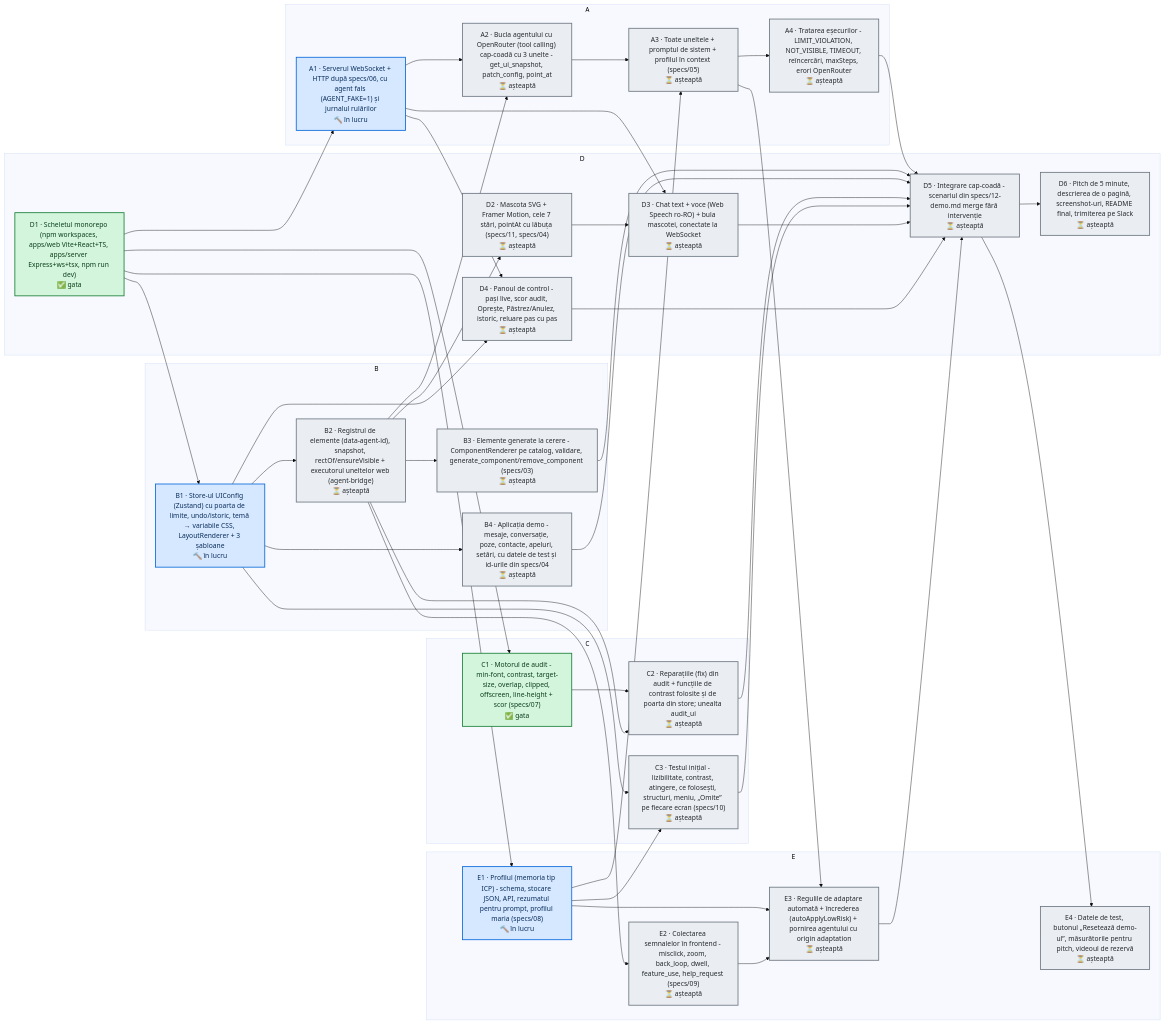
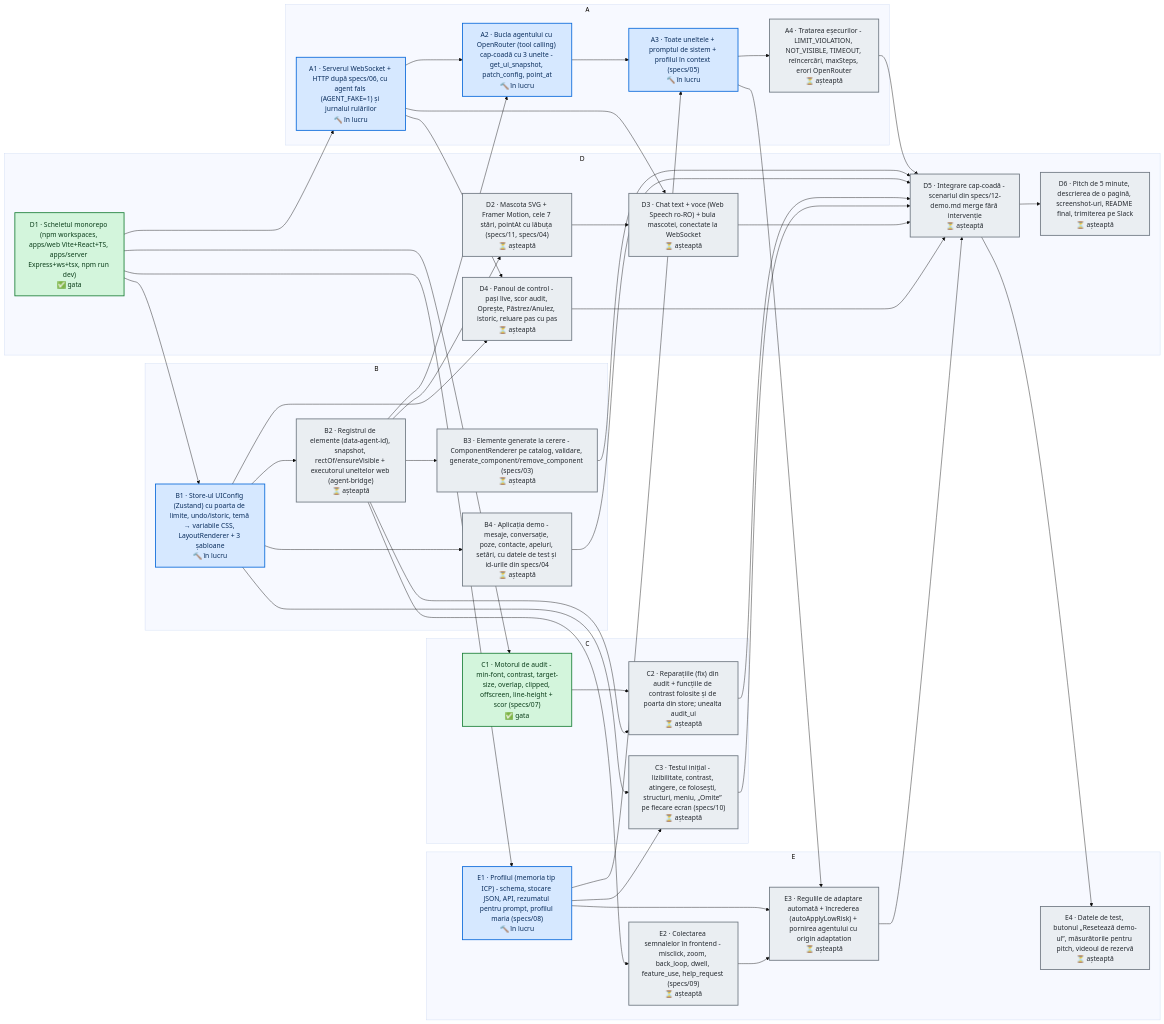
One commit to 06cezar/UiShapeshifter changed the diagram in DAG.md. Above: the diagram before and after it, drawn with Mermaid (base theme). The commit also changed other lines of this file and 1 other file, not shown here.

Commit message:
dag: update [skip ci]

````diff
--- a/DAG.md
+++ b/DAG.md
@@ -8,77 +8,77 @@
 ```mermaid
 flowchart LR
   subgraph t_owner_A["A"]
     t_A1["A1 · Serverul WebSocket + HTTP după specs/06, cu agent fals (AGENT_FAKE=1) și jurnalul rulărilor<br/>🔨 în lucru"]
-    t_A2["A2 · Bucla agentului cu OpenRouter (tool calling) cap-coadă cu 3 unelte - get_ui_snapshot, patch_config, point_at<br/>⏳ așteaptă"]
-    t_A3["A3 · Toate uneltele + promptul de sistem + profilul în context (specs/05)<br/>⏳ așteaptă"]
+    t_A2["A2 · Bucla agentului cu OpenRouter (tool calling) cap-coadă cu 3 unelte - get_ui_snapshot, patch_config, point_at<br/>🔨 în lucru"]
+    t_A3["A3 · Toate uneltele + promptul de sistem + profilul în context (specs/05)<br/>🔨 în lucru"]
     t_A4["A4 · Tratarea eșecurilor - LIMIT_VIOLATION, NOT_VISIBLE, TIMEOUT, reîncercări, maxSteps, erori OpenRouter<br/>⏳ așteaptă"]
   end
   subgraph t_owner_B["B"]
     t_B1["B1 · Store-ul UIConfig (Zustand) cu poarta de limite, undo/istoric, temă → variabile CSS, LayoutRenderer + 3 șabloane<br/>🔨 în lucru"]
     t_B2["B2 · Registrul de elemente (data-agent-id), snapshot, rectOf/ensureVisible + executorul uneltelor web (agent-bridge)<br/>⏳ așteaptă"]
     t_B3["B3 · Elemente generate la cerere - ComponentRenderer pe catalog, validare, generate_component/remove_component (specs/03)<br/>⏳ așteaptă"]
     t_B4["B4 · Aplicația demo - mesaje, conversație, poze, contacte, apeluri, setări, cu datele de test și id-urile din specs/04<br/>⏳ așteaptă"]
   end
   subgraph t_owner_C["C"]
     t_C1["C1 · Motorul de audit - min-font, contrast, target-size, overlap, clipped, offscreen, line-height + scor (specs/07)<br/>✅ gata"]
     t_C2["C2 · Reparațiile (fix) din audit + funcțiile de contrast folosite și de poarta din store; unealta audit_ui<br/>⏳ așteaptă"]
     t_C3["C3 · Testul inițial - lizibilitate, contrast, atingere, ce folosești, structuri, meniu, „Omite” pe fiecare ecran (specs/10)<br/>⏳ așteaptă"]
   end
   subgraph t_owner_D["D"]
     t_D1["D1 · Scheletul monorepo (npm workspaces, apps/web Vite+React+TS, apps/server Express+ws+tsx, npm run dev)<br/>✅ gata"]
     t_D2["D2 · Mascota SVG + Framer Motion, cele 7 stări, pointAt cu lăbuța (specs/11, specs/04)<br/>⏳ așteaptă"]
     t_D3["D3 · Chat text + voce (Web Speech ro-RO) + bula mascotei, conectate la WebSocket<br/>⏳ așteaptă"]
     t_D4["D4 · Panoul de control - pași live, scor audit, Oprește, Păstrez/Anulez, istoric, reluare pas cu pas<br/>⏳ așteaptă"]
     t_D5["D5 · Integrare cap-coadă - scenariul din specs/12-demo.md merge fără intervenție<br/>⏳ așteaptă"]
     t_D6["D6 · Pitch de 5 minute, descrierea de o pagină, screenshot-uri, README final, trimiterea pe Slack<br/>⏳ așteaptă"]
   end
   subgraph t_owner_E["E"]
     t_E1["E1 · Profilul (memoria tip ICP) - schema, stocare JSON, API, rezumatul pentru prompt, profilul maria (specs/08)<br/>🔨 în lucru"]
     t_E2["E2 · Colectarea semnalelor în frontend - misclick, zoom, back_loop, dwell, feature_use, help_request (specs/09)<br/>⏳ așteaptă"]
     t_E3["E3 · Regulile de adaptare automată + încrederea (autoApplyLowRisk) + pornirea agentului cu origin adaptation<br/>⏳ așteaptă"]
     t_E4["E4 · Datele de test, butonul „Resetează demo-ul”, măsurătorile pentru pitch, videoul de rezervă<br/>⏳ așteaptă"]
   end
   t_B2 --> t_D2
   t_A1 --> t_D3
   t_D2 --> t_D3
   t_A1 --> t_D4
   t_B1 --> t_D4
   t_A4 --> t_D5
   t_B3 --> t_D5
   t_B4 --> t_D5
   t_C2 --> t_D5
   t_C3 --> t_D5
   t_D3 --> t_D5
   t_D4 --> t_D5
   t_E3 --> t_D5
   t_D5 --> t_D6
   t_D1 --> t_A1
   t_A1 --> t_A2
   t_B2 --> t_A2
   t_A2 --> t_A3
   t_E1 --> t_A3
   t_A3 --> t_A4
   t_D1 --> t_B1
   t_B1 --> t_B2
   t_B2 --> t_B3
   t_B1 --> t_B4
   t_D1 --> t_C1
   t_C1 --> t_C2
   t_B2 --> t_C2
   t_B1 --> t_C3
   t_E1 --> t_C3
   t_D1 --> t_E1
   t_B2 --> t_E2
   t_E1 --> t_E3
   t_E2 --> t_E3
   t_A3 --> t_E3
   t_D5 --> t_E4
   classDef done fill:#d3f5dc,stroke:#1a7f37,color:#0b3d1a,stroke-width:2px
   classDef progress fill:#d6e8ff,stroke:#0969da,color:#0a2d5c,stroke-width:2px
   classDef ready fill:#fff4c2,stroke:#9a6700,color:#4d3300,stroke-width:2px
   classDef wait fill:#eaeef2,stroke:#6e7781,color:#24292f,stroke-width:2px
   classDef blocked fill:#ffd8d3,stroke:#cf222e,color:#5c0b10,stroke-width:2px
   class t_D1,t_C1 done
-  class t_A1,t_B1,t_E1 progress
-  class t_D2,t_D3,t_D4,t_D5,t_D6,t_A2,t_A3,t_A4,t_B2,t_B3,t_B4,t_C2,t_C3,t_E2,t_E3,t_E4 wait
+  class t_A1,t_A2,t_A3,t_B1,t_E1 progress
+  class t_D2,t_D3,t_D4,t_D5,t_D6,t_A4,t_B2,t_B3,t_B4,t_C2,t_C3,t_E2,t_E3,t_E4 wait
 ```
````
